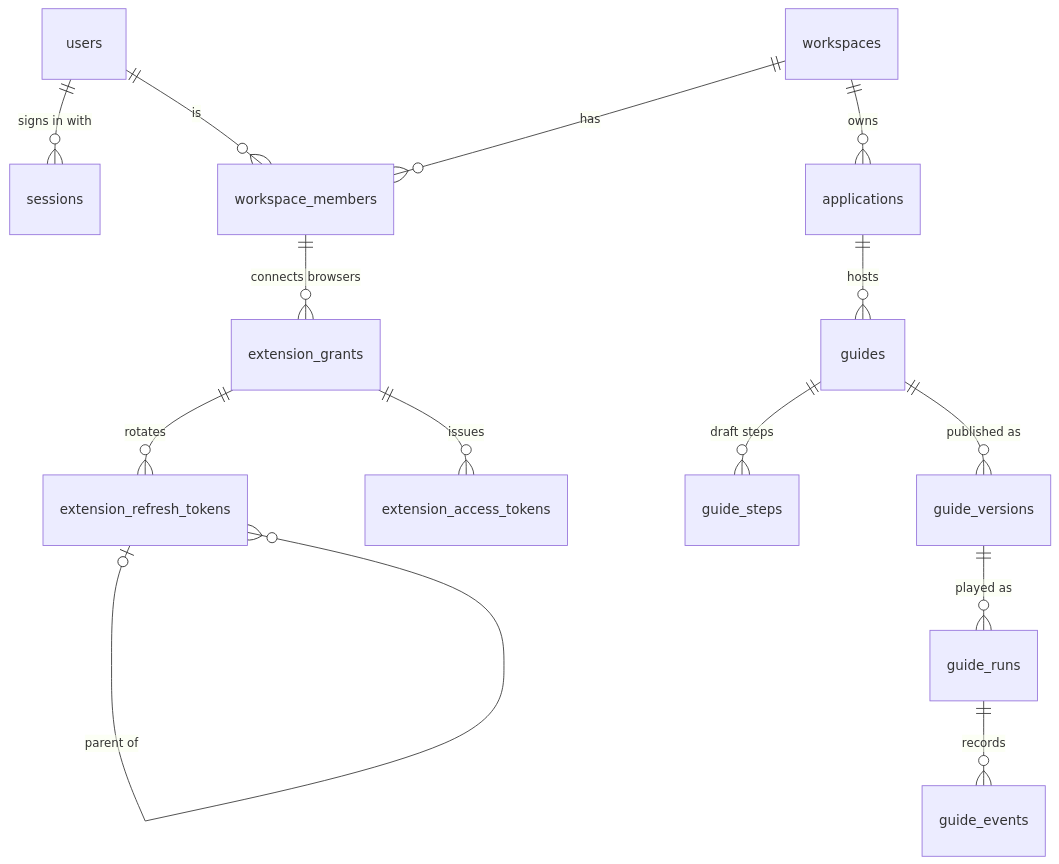
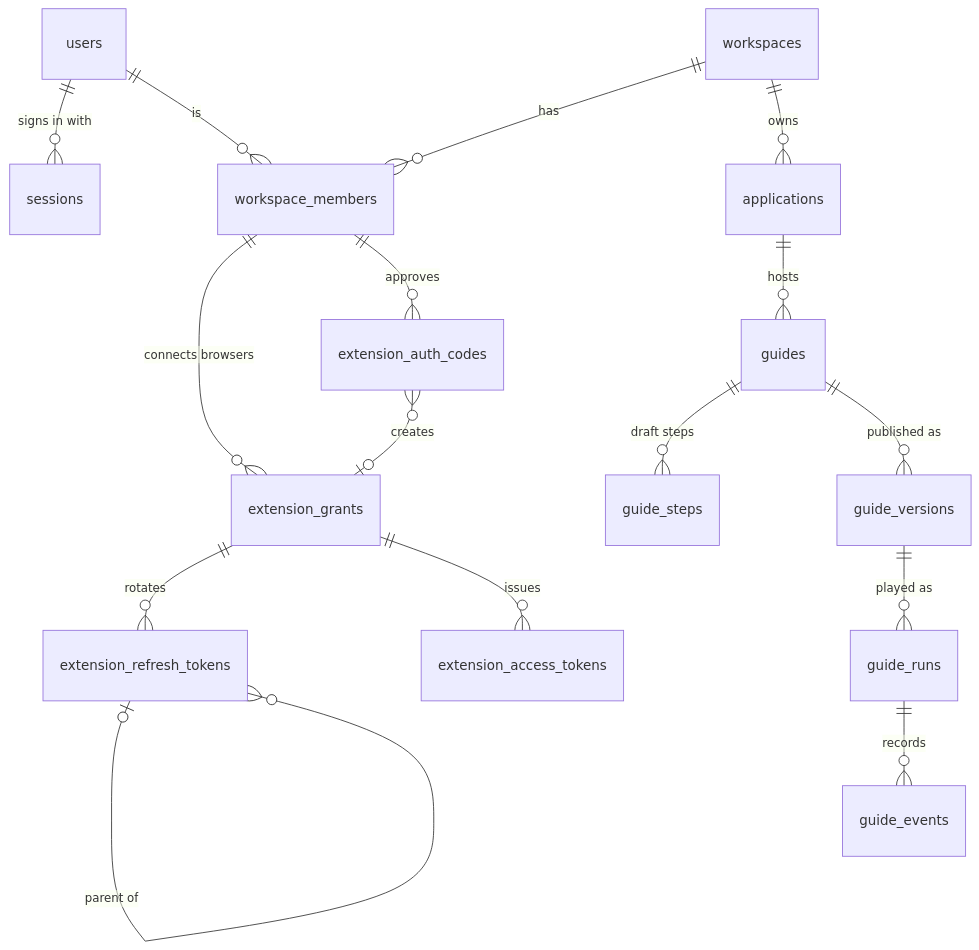
One commit to JJMonzon072/contextlayer changed the diagram in docs/data-model.md. Above: the diagram before and after it, drawn with Mermaid. The commit also changed other lines of this file and 13 other files, not shown here.

````diff
--- a/docs/data-model.md
+++ b/docs/data-model.md
@@ -17,16 +17,18 @@
 ```mermaid
 erDiagram
   users ||--o{ sessions : "signs in with"
   users ||--o{ workspace_members : "is"
   workspaces ||--o{ workspace_members : "has"
   workspace_members ||--o{ extension_grants : "connects browsers"
+  workspace_members ||--o{ extension_auth_codes : "approves"
+  extension_auth_codes }o--o| extension_grants : "creates"
   extension_grants ||--o{ extension_refresh_tokens : "rotates"
   extension_grants ||--o{ extension_access_tokens : "issues"
   extension_refresh_tokens |o--o{ extension_refresh_tokens : "parent of"
   workspaces ||--o{ applications : "owns"
   applications ||--o{ guides : "hosts"
   guides ||--o{ guide_steps : "draft steps"
   guides ||--o{ guide_versions : "published as"
   guide_versions ||--o{ guide_runs : "played as"
   guide_runs ||--o{ guide_events : "records"
 ```
````
